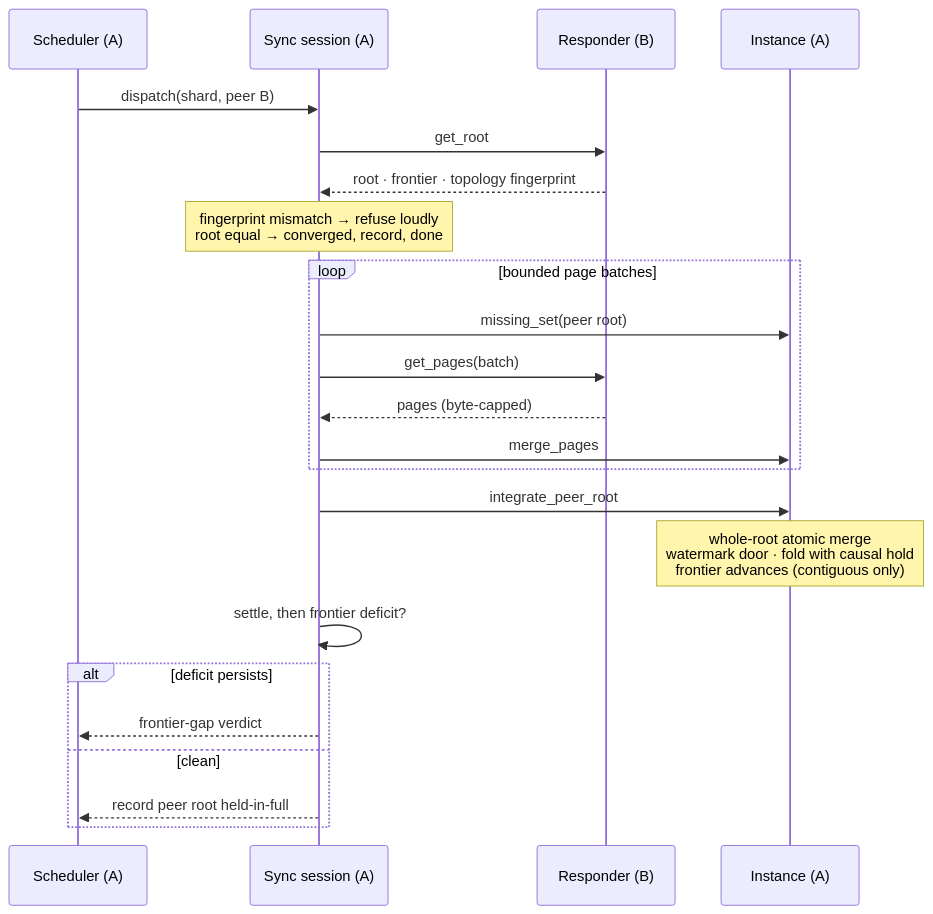
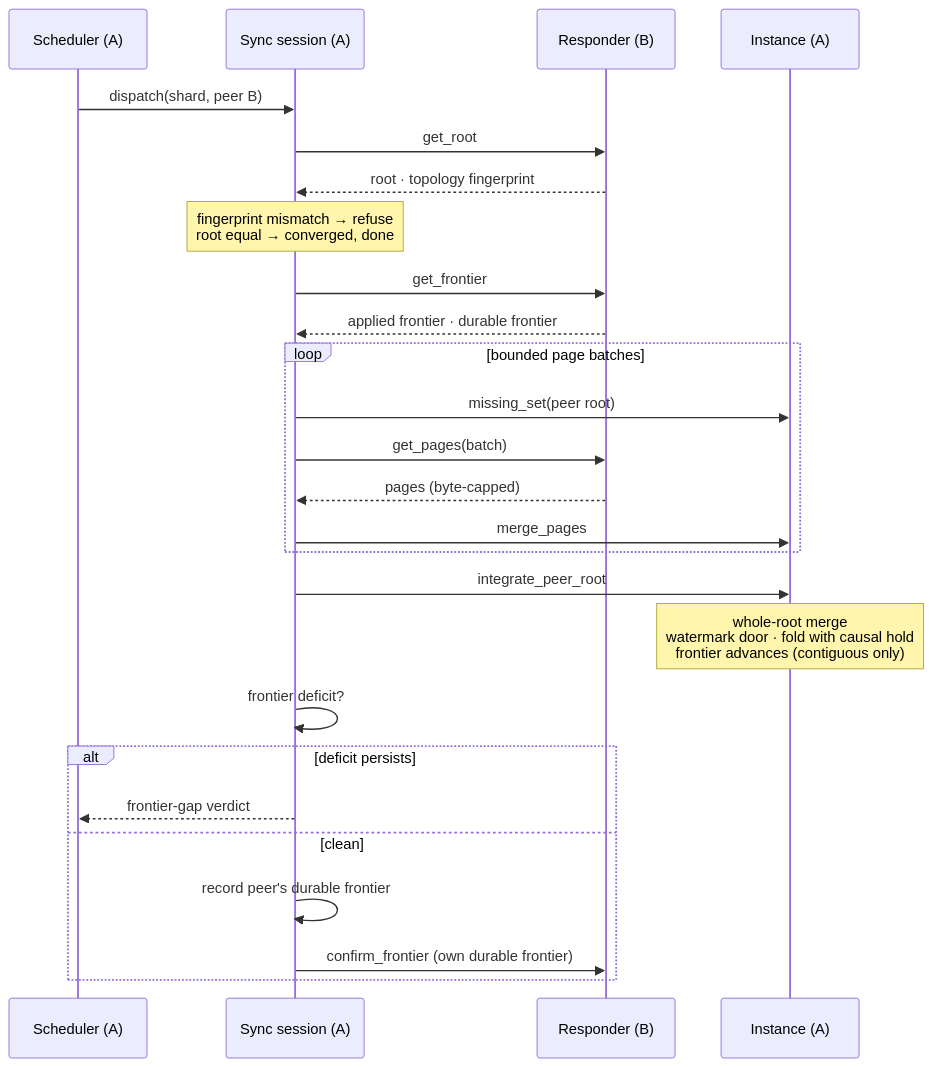
One commit to bondy-io/bondy changed the diagram in doc/guides/architecture/db_view_replication.md. Above: the diagram before and after it, drawn with Mermaid. The commit also changed other lines of this file and 449 other files, not shown here.

````diff
--- a/doc/guides/architecture/db_view_replication.md
+++ b/doc/guides/architecture/db_view_replication.md
@@ -10,25 +10,28 @@
 ```mermaid
 sequenceDiagram
     participant SCH as Scheduler (A)
     participant SS as Sync session (A)
     participant RSP as Responder (B)
     participant INST as Instance (A)
     SCH->>SS: dispatch(shard, peer B)
     SS->>RSP: get_root
-    RSP-->>SS: root · frontier · topology fingerprint
-    Note over SS: fingerprint mismatch → refuse loudly<br/>root equal → converged, record, done
+    RSP-->>SS: root · topology fingerprint
+    Note over SS: fingerprint mismatch → refuse<br/>root equal → converged, done
+    SS->>RSP: get_frontier
+    RSP-->>SS: applied frontier · durable frontier
     loop bounded page batches
         SS->>INST: missing_set(peer root)
         SS->>RSP: get_pages(batch)
         RSP-->>SS: pages (byte-capped)
         SS->>INST: merge_pages
     end
     SS->>INST: integrate_peer_root
-    Note over INST: whole-root atomic merge<br/>watermark door · fold with causal hold<br/>frontier advances (contiguous only)
-    SS->>SS: settle, then frontier deficit?
+    Note over INST: whole-root merge<br/>watermark door · fold with causal hold<br/>frontier advances (contiguous only)
+    SS->>SS: frontier deficit?
     alt deficit persists
         SS-->>SCH: frontier-gap verdict
     else clean
-        SS-->>SCH: record peer root held-in-full
+        SS->>SS: record peer's durable frontier
+        SS->>RSP: confirm_frontier (own durable frontier)
     end
 ```
````
